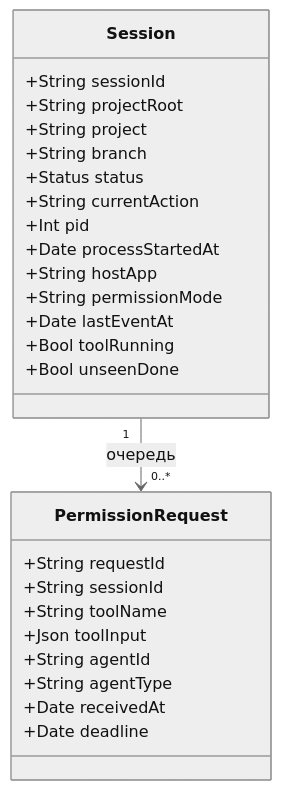
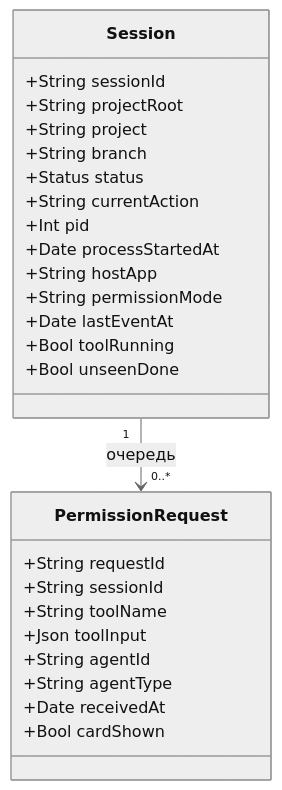
The second of 2 diagrams in docs/specs/2026-11-03-topbar-mvp.md (yerbo-t/topbar), drawn with Mermaid (neutral theme) before and after one commit. The commit also changed other lines of this file and 1 other file, not shown here.

````diff
--- a/docs/specs/2026-11-03-topbar-mvp.md
+++ b/docs/specs/2026-11-03-topbar-mvp.md
@@ -227,29 +227,29 @@
 ```mermaid
 classDiagram
     class Session {
         +String sessionId
         +String projectRoot
         +String project
         +String branch
         +Status status
         +String currentAction
         +Int pid
         +Date processStartedAt
         +String hostApp
         +String permissionMode
         +Date lastEventAt
         +Bool toolRunning
         +Bool unseenDone
     }
     class PermissionRequest {
         +String requestId
         +String sessionId
         +String toolName
         +Json toolInput
         +String agentId
         +String agentType
         +Date receivedAt
-        +Date deadline
+        +Bool cardShown
     }
     Session "1" --> "0..*" PermissionRequest : очередь
 ```
````
